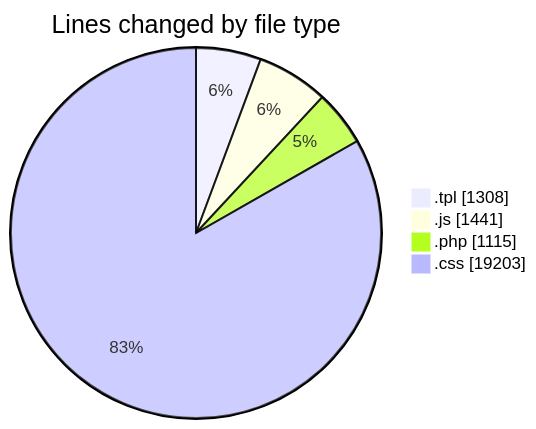
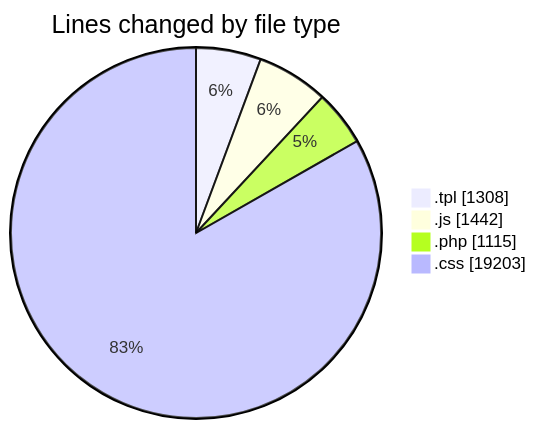
One commit to vahidmafi/code-tracking changed the first of 2 diagrams in 2025-03-24/zeytoon/README.md. Above: the diagram before and after it, drawn with Mermaid. The commit also changed other lines of this file and 1 other file, not shown here.

````diff
--- a/2025-03-24/zeytoon/README.md
+++ b/2025-03-24/zeytoon/README.md
@@ -24,8 +24,8 @@
 ```mermaid
 pie showData
 title Lines changed by file type
 ".tpl" : 1308
-".js" : 1441
+".js" : 1442
 ".php" : 1115
 ".css" : 19203
 ```
````
